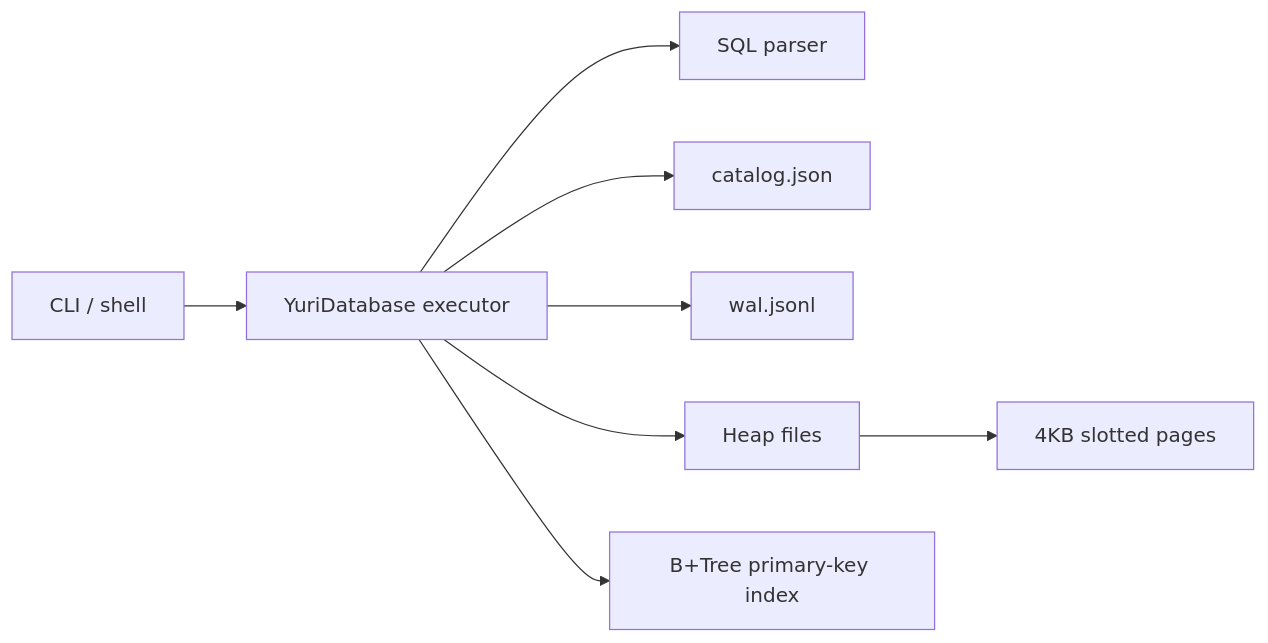
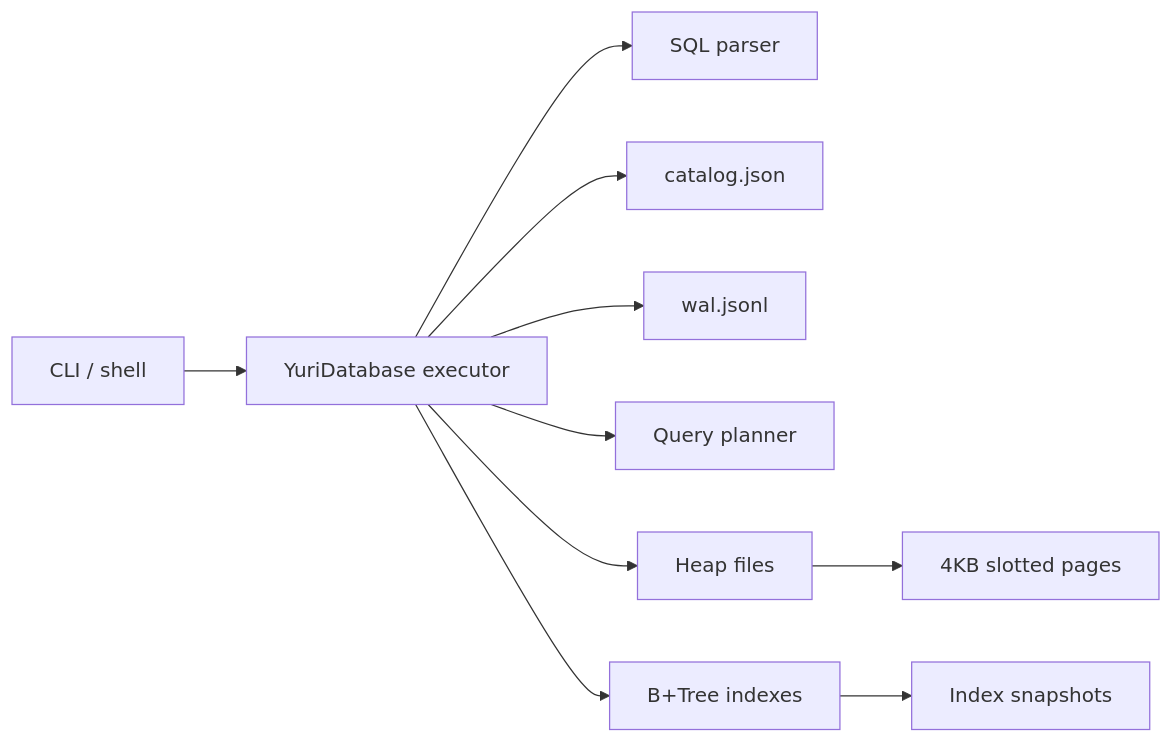
One commit to yuribarbosacouto/yuri-db-lab changed the diagram in README.md. Above: the diagram before and after it, drawn with Mermaid. The commit also changed other lines of this file, not shown here.

Commit message:
Clarify database lab maturity and roadmap

````diff
--- a/README.md
+++ b/README.md
@@ -75,10 +94,12 @@
 ```mermaid
 flowchart LR
   CLI["CLI / shell"] --> DB["YuriDatabase executor"]
   DB --> Parser["SQL parser"]
   DB --> Catalog["catalog.json"]
   DB --> WAL["wal.jsonl"]
+  DB --> Planner["Query planner"]
   DB --> Heap["Heap files"]
   Heap --> Pages["4KB slotted pages"]
-  DB --> Index["B+Tree primary-key index"]
+  DB --> Index["B+Tree indexes"]
+  Index --> Snapshots["Index snapshots"]
 ```
````
